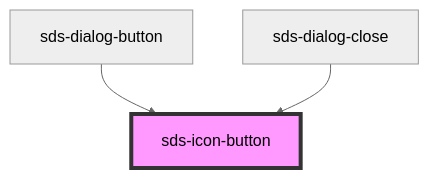
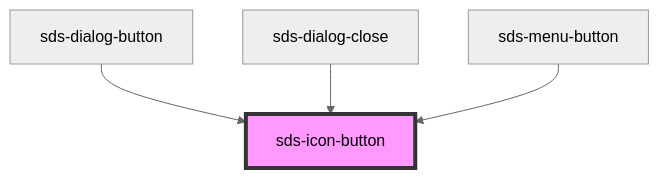
Before and after one commit to chodgesfigma/sds-mono: the diagram in packages/sds-web-components/src/ui/primitives/button/sds-icon-button/readme.md, drawn with Mermaid (neutral theme). The commit also changed other lines of this file and 8 other files, not shown here.

Commit message:
chore: updated icon-button usage in sds-menu-button

````diff
--- a/packages/sds-web-components/src/ui/primitives/button/sds-icon-button/readme.md
+++ b/packages/sds-web-components/src/ui/primitives/button/sds-icon-button/readme.md
@@ -27,6 +28,7 @@
 ```mermaid
 graph TD;
   sds-dialog-button --> sds-icon-button
   sds-dialog-close --> sds-icon-button
+  sds-menu-button --> sds-icon-button
   style sds-icon-button fill:#f9f,stroke:#333,stroke-width:4px
 ```
````
